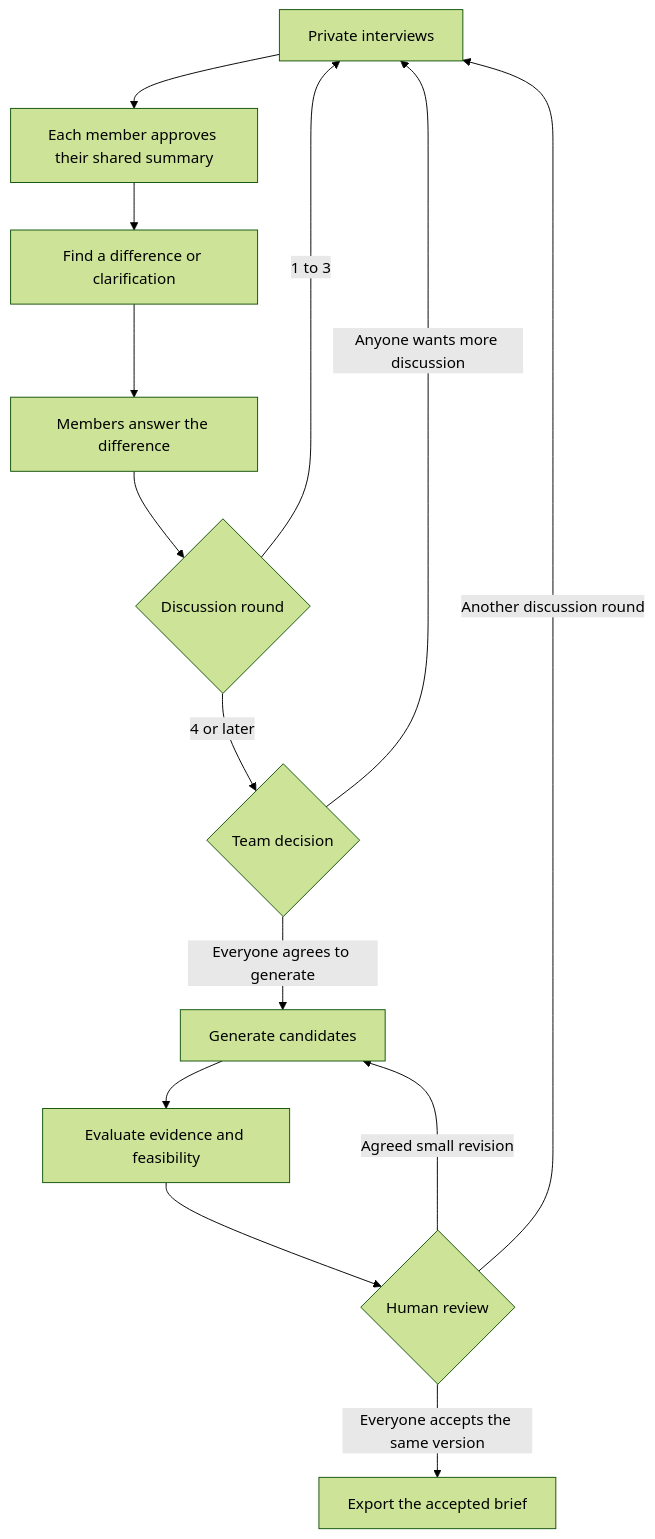
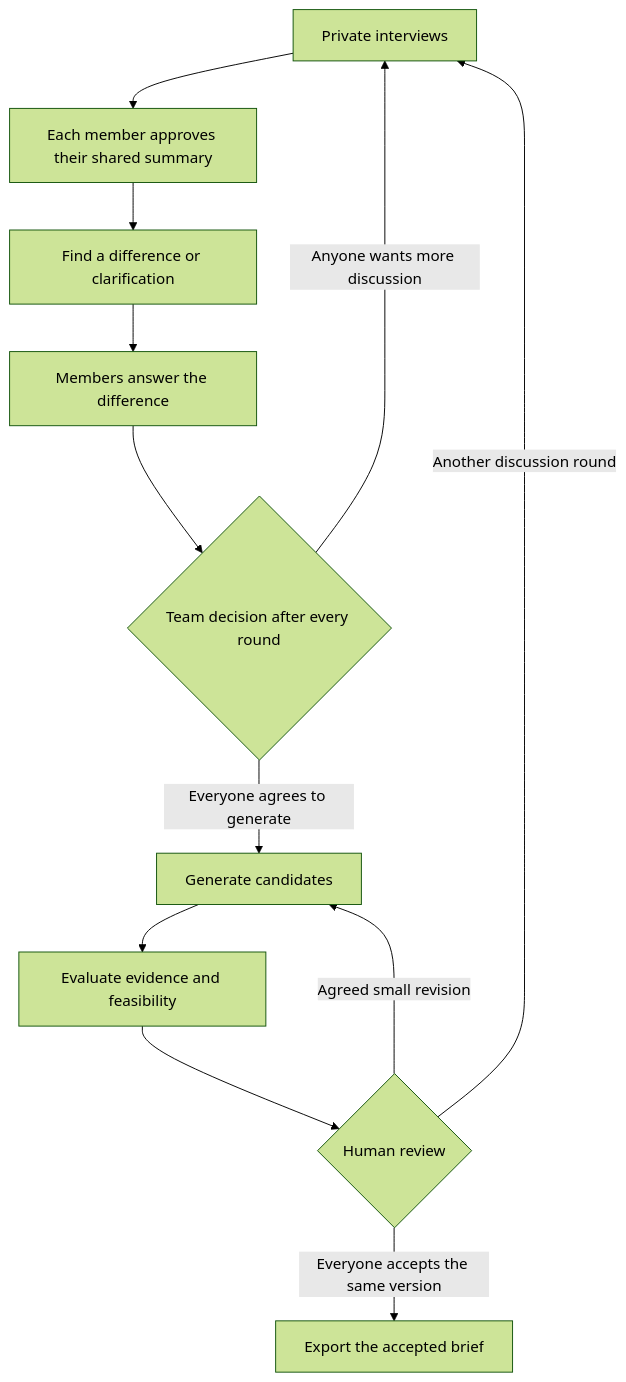
One commit to sgtlyz/Considea changed the diagram in README.md. Above: the diagram before and after it, drawn with Mermaid (forest theme). The commit also changed other lines of this file and 26 other files, not shown here.

Commit message:
Let humans choose convergence after every discussion round

````diff
--- a/README.md
+++ b/README.md
@@ -23,16 +23,14 @@
 ```mermaid
 flowchart TD
     I[Private interviews] --> P[Each member approves their shared summary]
     P --> D[Find a difference or clarification]
     D --> A[Members answer the difference]
-    A --> R{Discussion round}
-    R -->|1 to 3| I
-    R -->|4 or later| C{Team decision}
+    A --> C{Team decision after every round}
     C -->|Anyone wants more discussion| I
     C -->|Everyone agrees to generate| G[Generate candidates]
     G --> E[Evaluate evidence and feasibility]
     E --> H{Human review}
     H -->|Everyone accepts the same version| F[Export the accepted brief]
     H -->|Agreed small revision| G
     H -->|Another discussion round| I
 ```
````
